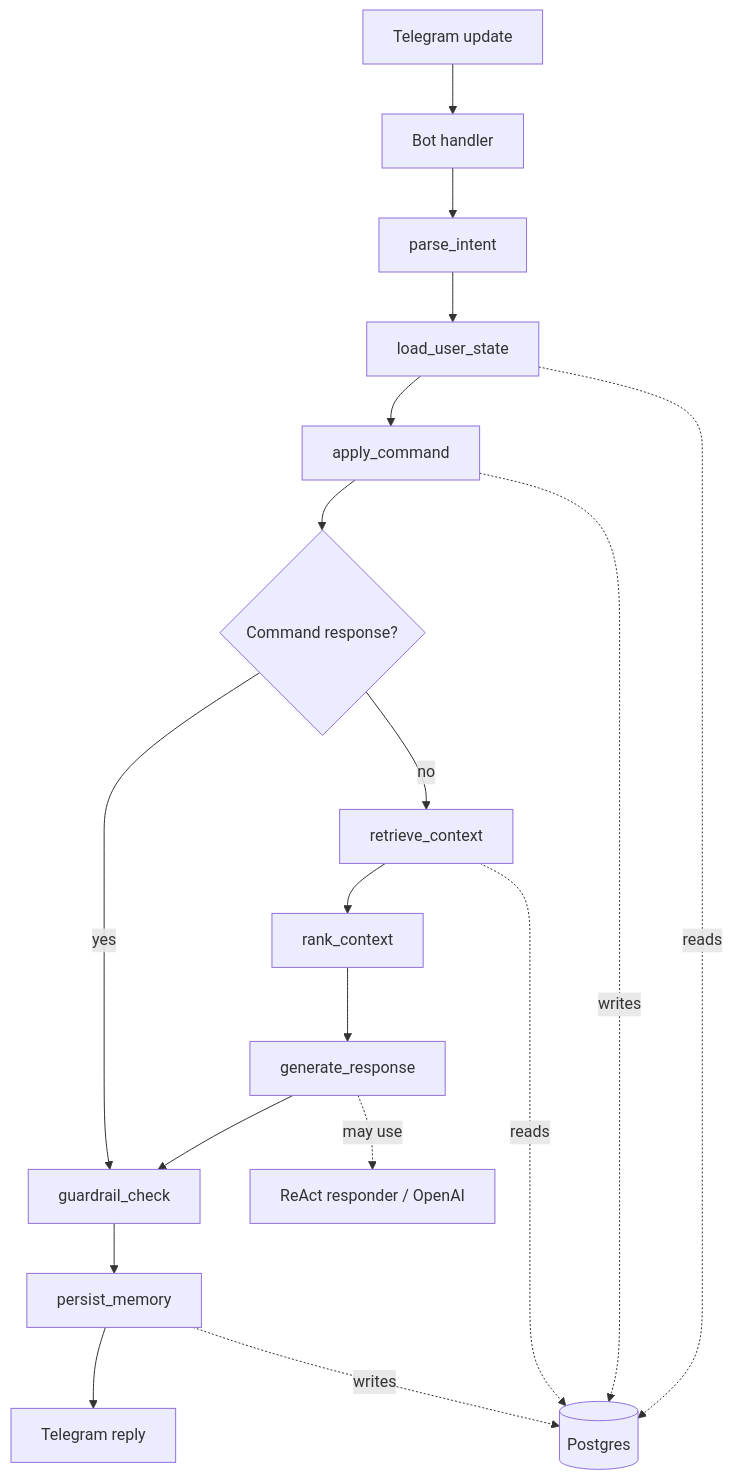
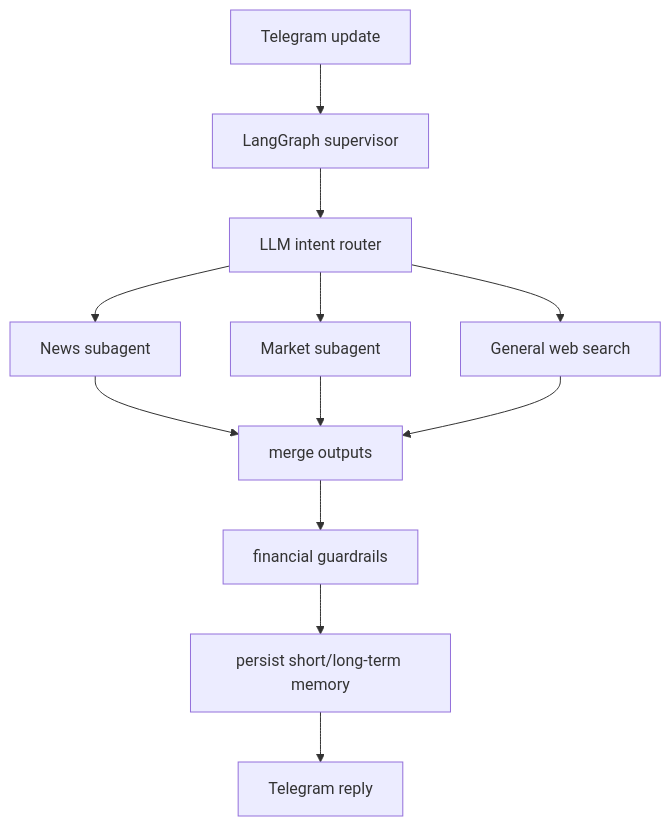
One commit to whr129/Hello-Stock changed the first of 2 diagrams in README.md. Above: the diagram before and after it, drawn with Mermaid. The commit also changed other lines of this file and 37 other files, not shown here.

Commit message:
feat: refactor bot architecture and scheduler workflows

````diff
--- a/README.md
+++ b/README.md
@@ -25,21 +28,14 @@
 ```mermaid
 flowchart TD
-    telegram[Telegram update] --> handler[Bot handler]
-    handler --> parse[parse_intent]
-    parse --> load[load_user_state]
-    load --> command[apply_command]
-    command --> hasResponse{Command response?}
-    hasResponse -- yes --> guardrail[guardrail_check]
-    hasResponse -- no --> retrieve[retrieve_context]
-    retrieve --> rank[rank_context]
-    rank --> generate[generate_response]
-    generate --> guardrail
-    guardrail --> memory[persist_memory]
+    telegram[Telegram update] --> supervisor[LangGraph supervisor]
+    supervisor --> router[LLM intent router]
+    router --> news[News subagent]
+    router --> market[Market subagent]
+    router --> search[General web search]
+    news --> merge[merge outputs]
+    market --> merge
+    search --> merge
+    merge --> guardrails[financial guardrails]
+    guardrails --> memory[persist short/long-term memory]
     memory --> reply[Telegram reply]
-
-    load -. reads .-> postgres[(Postgres)]
-    retrieve -. reads .-> postgres
-    command -. writes .-> postgres
-    memory -. writes .-> postgres
-    generate -. may use .-> react[ReAct responder / OpenAI]
 ```
````
